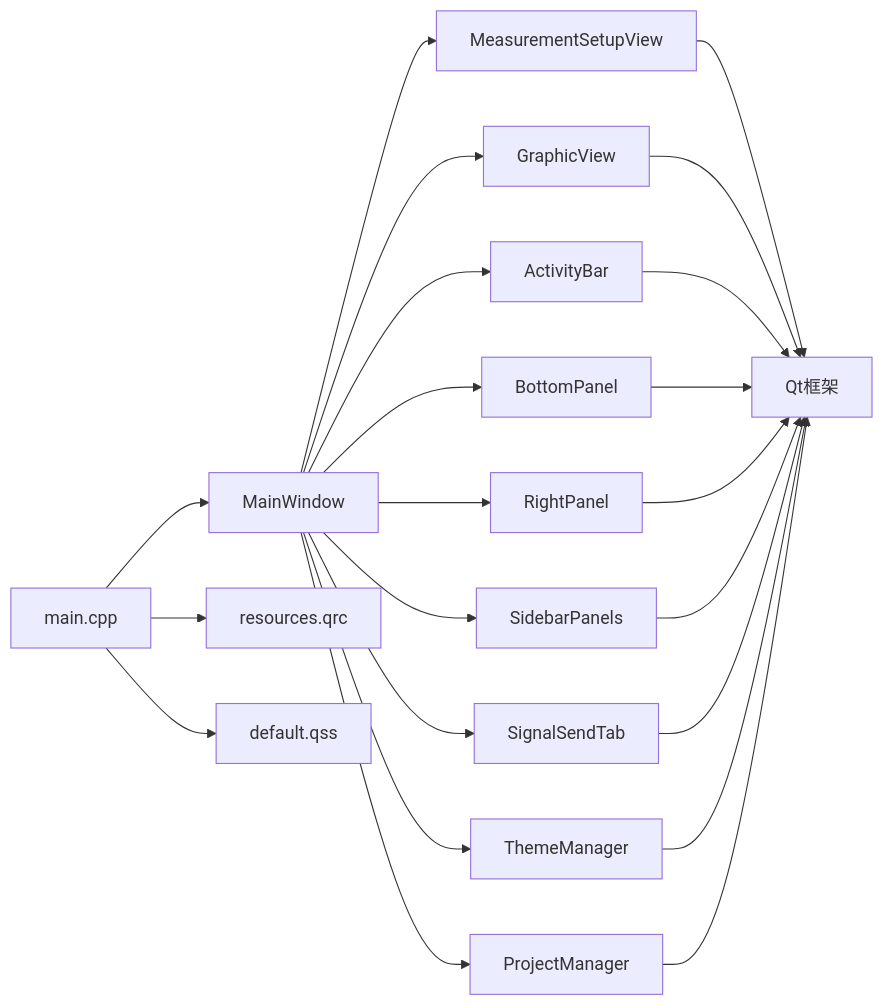
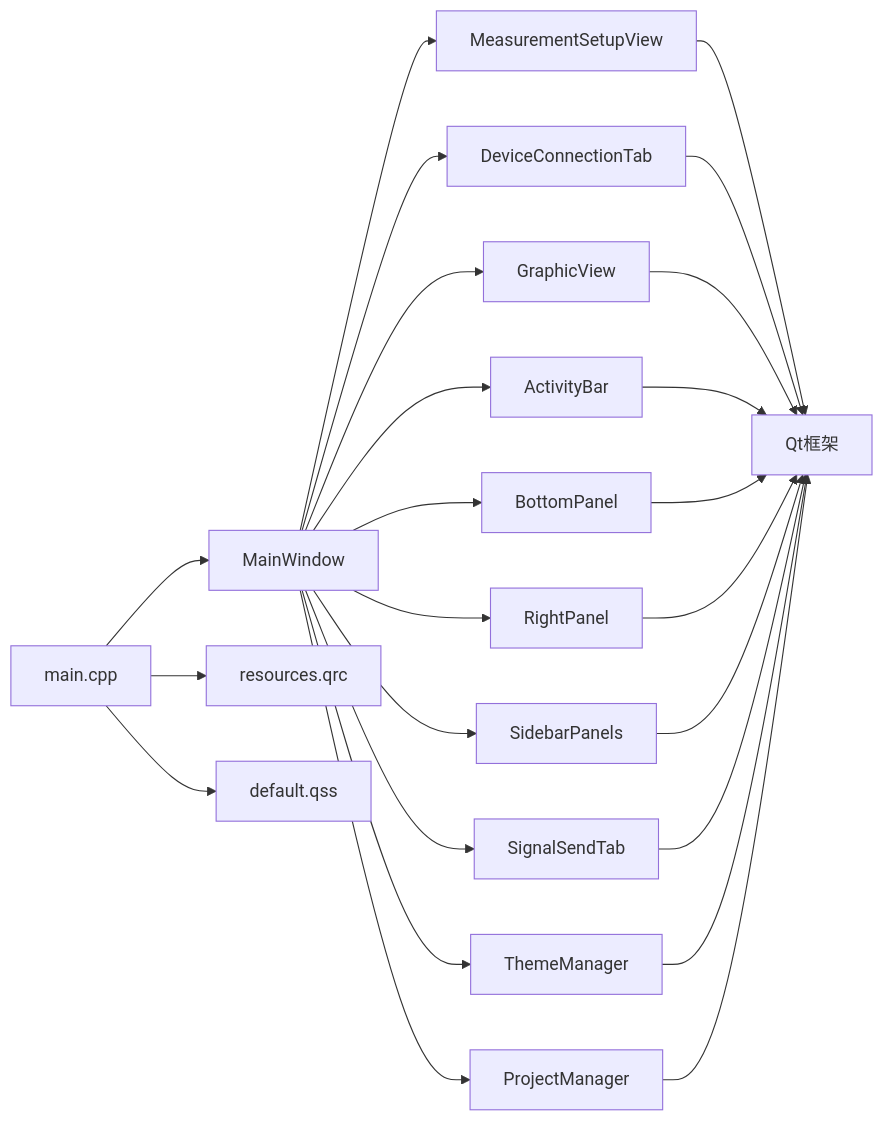
One commit to jakecai1225-design/OpenBus changed the fourth of 4 diagrams in .qoder/repowiki/zh/content/架构设计/主窗口组件架构.md. Above: the diagram before and after it, drawn with Mermaid. The commit also changed other lines of this file and 35 other files, not shown here.

````diff
--- a/.qoder/repowiki/zh/content/架构设计/主窗口组件架构.md
+++ b/.qoder/repowiki/zh/content/架构设计/主窗口组件架构.md
@@ -523,24 +560,26 @@
 ```mermaid
 graph LR
 Main["main.cpp"] --> MW["MainWindow"]
 MW --> MSV["MeasurementSetupView"]
+MW --> DCT["DeviceConnectionTab"]
 MW --> GV["GraphicView"]
 MW --> AB["ActivityBar"]
 MW --> BP["BottomPanel"]
 MW --> RP["RightPanel"]
 MW --> SP["SidebarPanels"]
 MW --> TAB["SignalSendTab"]
 MW --> TM["ThemeManager"]
 MW --> PM["ProjectManager"]
 MSV --> Qt["Qt框架"]
+DCT --> Qt
 GV --> Qt
 AB --> Qt
 BP --> Qt
 RP --> Qt
 SP --> Qt
 TAB --> Qt
 TM --> Qt
 PM --> Qt
 Main --> Res["resources.qrc"]
 Main --> QSS["default.qss"]
 ```
````
